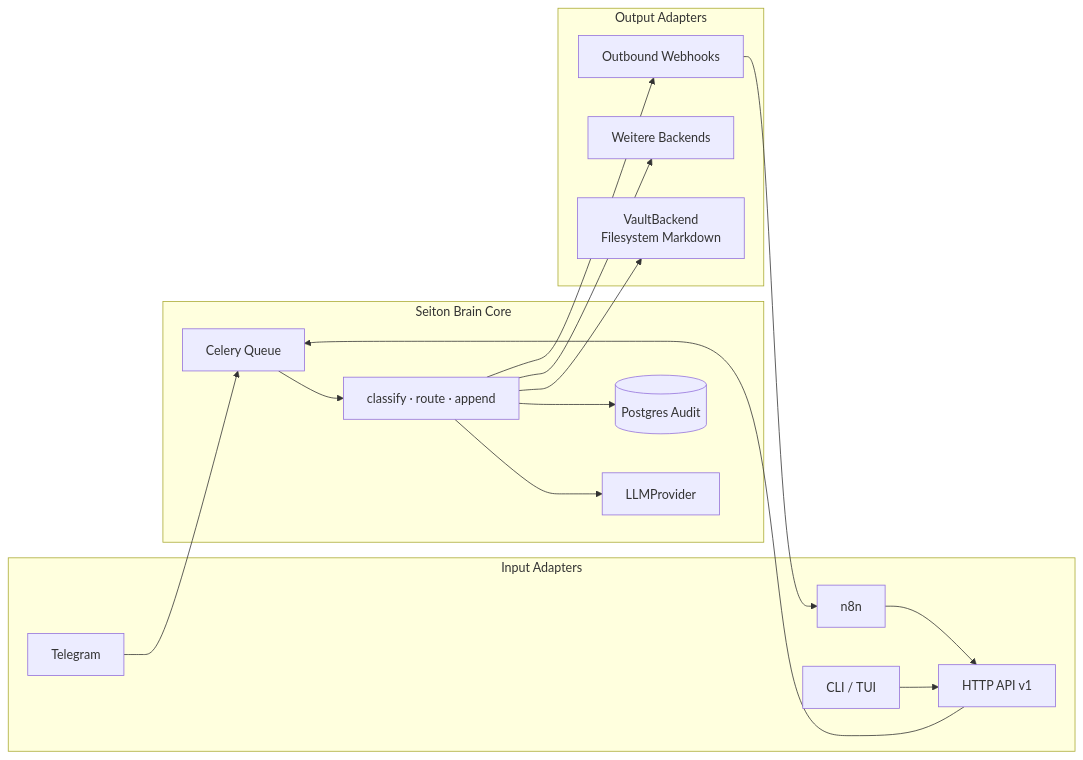
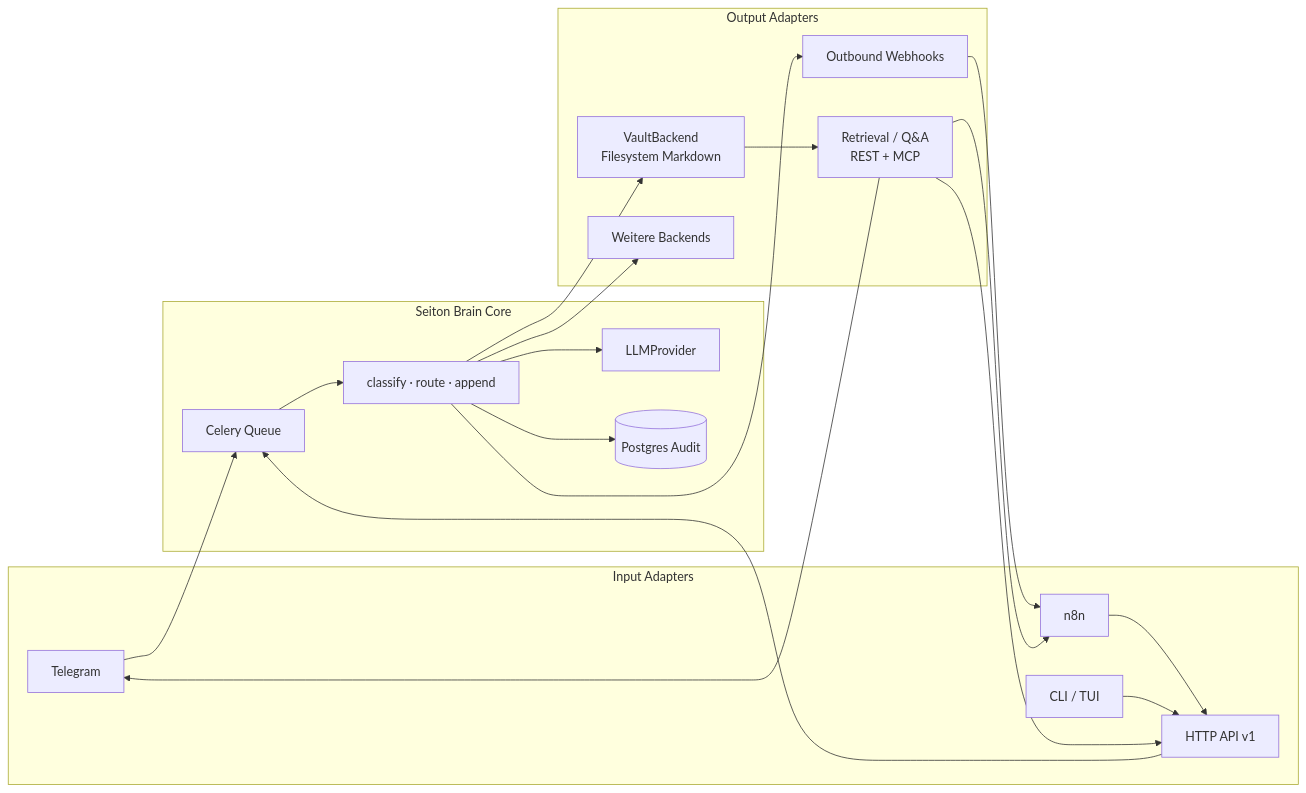
One commit to LeekiGitHub/Seiton-Brain changed the second of 2 diagrams in ARCHITECTURE.md. Above: the diagram before and after it, drawn with Mermaid. The commit also changed other lines of this file and 5 other files, not shown here.

````diff
--- a/ARCHITECTURE.md
+++ b/ARCHITECTURE.md
@@ -242,33 +242,38 @@
 ```mermaid
 flowchart LR
   subgraph inputs [Input Adapters]
     TG[Telegram]
     API[HTTP API v1]
     N8N[n8n]
     CLI[CLI / TUI]
   end
 
   subgraph core [Seiton Brain Core]
     Q[Celery Queue]
     SVC[classify · route · append]
     LLM[LLMProvider]
     DB[(Postgres Audit)]
   end
 
   subgraph outputs [Output Adapters]
     VAULT[VaultBackend<br/>Filesystem Markdown]
     HOOK[Outbound Webhooks]
     ALT[Weitere Backends]
+    RET[Retrieval / Q&A<br/>REST + MCP]
   end
 
   TG --> Q
   API --> Q
   N8N --> API
   CLI --> API
   Q --> SVC --> LLM
   SVC --> DB
   SVC --> VAULT
   SVC --> ALT
   SVC --> HOOK
   HOOK --> N8N
+  VAULT --> RET
+  RET --> TG
+  RET --> API
+  RET --> N8N
 ```
````
